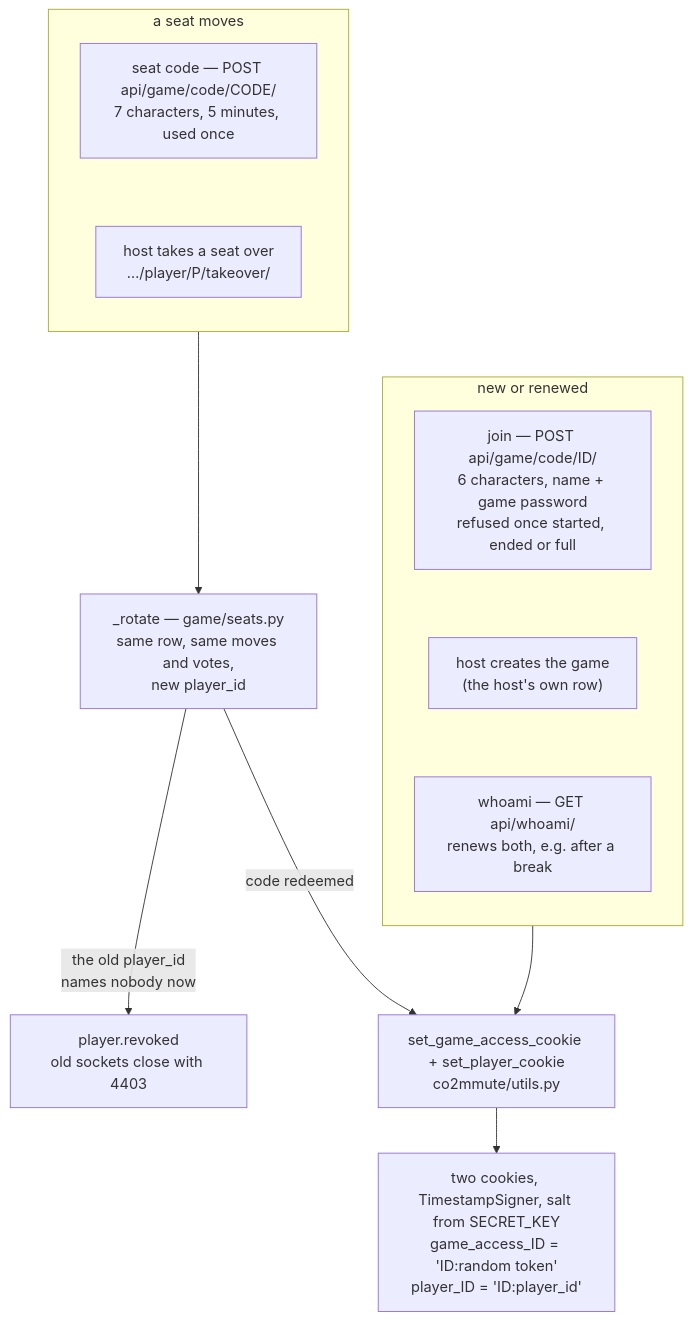
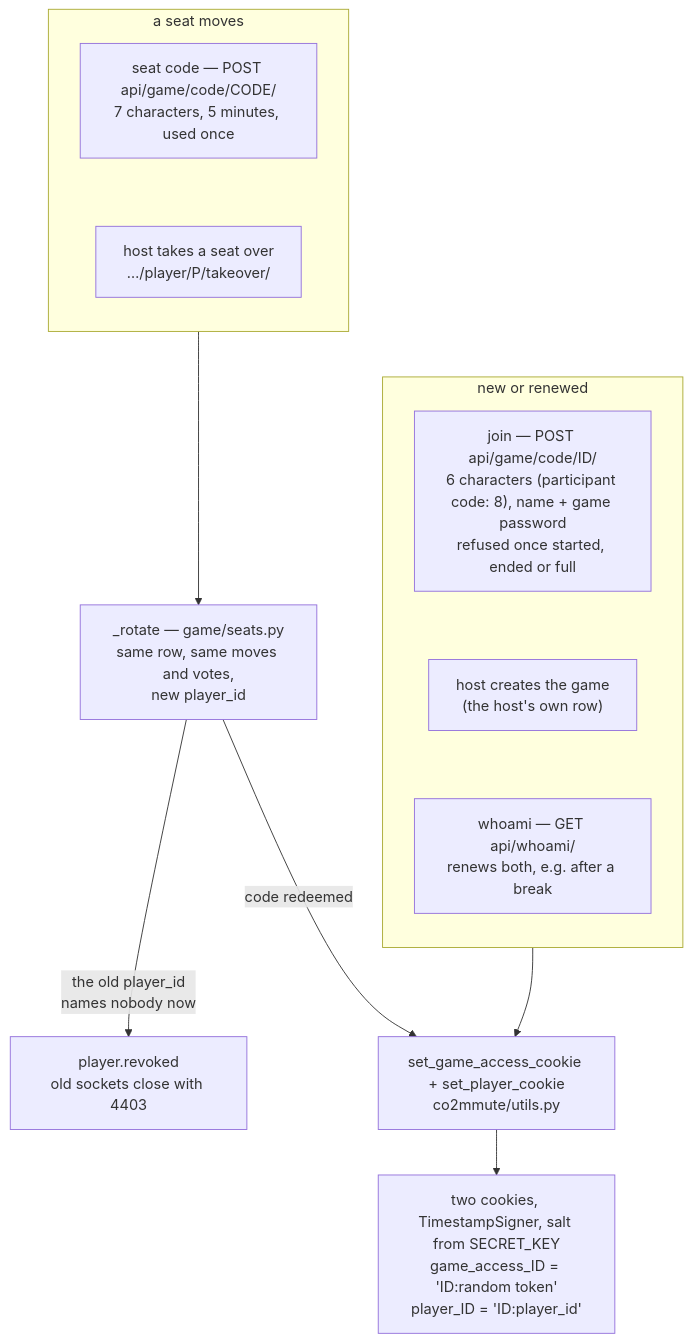
The third of 12 diagrams in docs/en-flowcharts.md (luke-hirsch/co2mmute), drawn with Mermaid before and after one commit. The commit also changed 5 other files, not shown here.

Commit message:
teilnahmecode: e2e für karte, zweimal, zwei spiele, keins; agents.md, flowcharts, testfälle

````diff
--- a/docs/en-flowcharts.md
+++ b/docs/en-flowcharts.md
@@ -107,25 +107,25 @@
 ```mermaid
 flowchart TD
     subgraph move["a seat moves"]
         direction TB
         code["seat code — POST api/game/code/CODE/<br>7 characters, 5 minutes, used once"]
         takeover["host takes a seat over<br>…/player/P/takeover/"]
         code ~~~ takeover
     end
     subgraph fresh["new or renewed"]
         direction TB
-        join["join — POST api/game/code/ID/<br>6 characters, name + game password<br>refused once started, ended or full"]
+        join["join — POST api/game/code/ID/<br>6 characters (participant code: 8), name + game password<br>refused once started, ended or full"]
         create["host creates the game<br>(the host's own row)"]
         whoami["whoami — GET api/whoami/<br>renews both, e.g. after a break"]
         join ~~~ create ~~~ whoami
     end
 
     move --> rotate
     rotate["_rotate — game/seats.py<br>same row, same moves and votes,<br>new player_id"]
     rotate -->|"the old player_id<br>names nobody now"| revoked["player.revoked<br>old sockets close with 4403"]
     rotate -->|"code redeemed"| mint
     fresh --> mint
 
     mint["set_game_access_cookie + set_player_cookie<br>co2mmute/utils.py"]
     mint --> cookies["two cookies, TimestampSigner, salt from SECRET_KEY<br>game_access_ID = 'ID:random token'<br>player_ID = 'ID:player_id'"]
 ```
````
